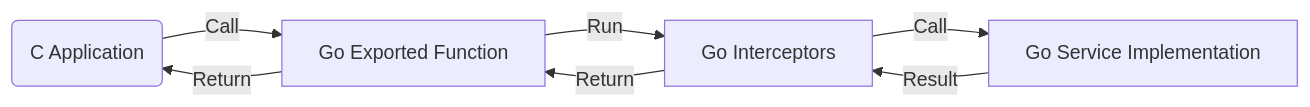
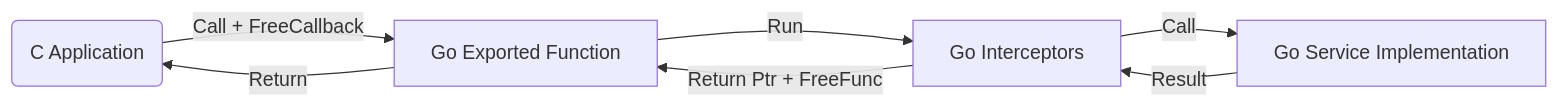
Before and after one commit to ygrpc/protocgen: the diagram in openspec/changes/scaffold-cgo-generator/design.md, drawn with Mermaid. The commit also changed other lines of this file and 2 other files, not shown here.

````diff
--- a/openspec/changes/scaffold-cgo-generator/design.md
+++ b/openspec/changes/scaffold-cgo-generator/design.md
@@ -10,9 +9,9 @@
 ```mermaid
 graph LR
-    CApp(C Application) -->|Call| GoExport[Go Exported Function]
+    CApp(C Application) -->|Call + FreeCallback| GoExport[Go Exported Function]
     GoExport -->|Run| Middleware[Go Interceptors]
     Middleware -->|Call| GoHandler[Go Service Implementation]
     GoHandler -->|Result| Middleware
-    Middleware -->|Return| GoExport
+    Middleware -->|Return Ptr + FreeFunc| GoExport
     GoExport -->|Return| CApp
 ```
````
